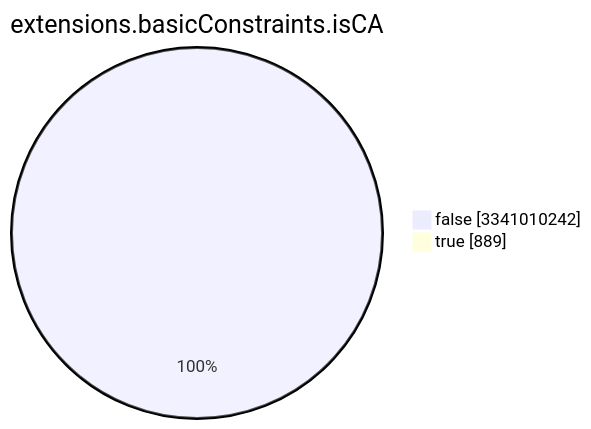
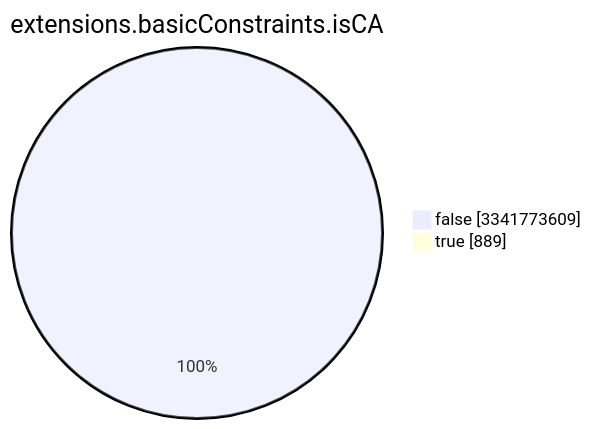
The seventh of 15 diagrams in TOTAL/README.md (christiankrug/ctmonitor_visualization), drawn with Mermaid before and after one commit. The commit also changed other lines of this file, not shown here.

````diff
--- a/TOTAL/README.md
+++ b/TOTAL/README.md
@@ -3089,6 +3089,6 @@
 ```mermaid
 pie showData
 title extensions.basicConstraints.isCA
-"false" :3341010242
+"false" :3341773609
 "true" :889
 ```
````
